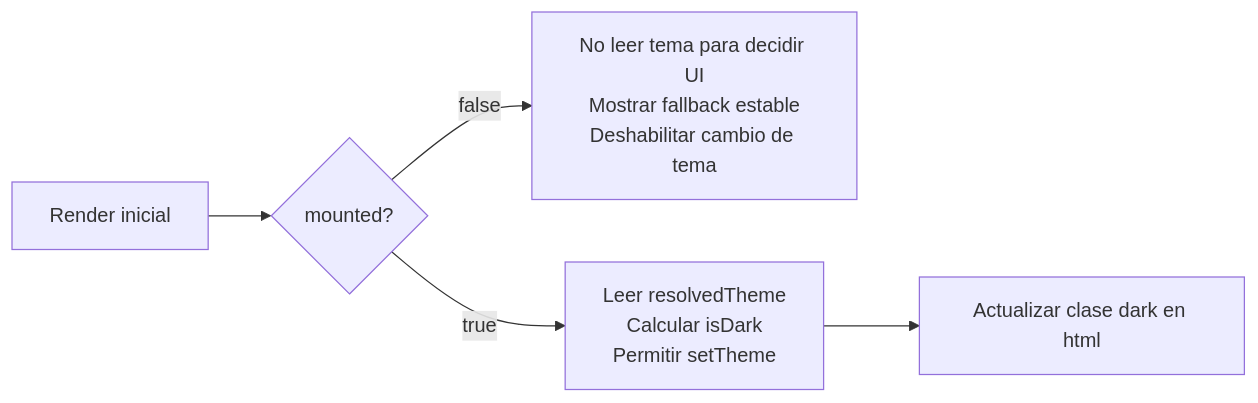
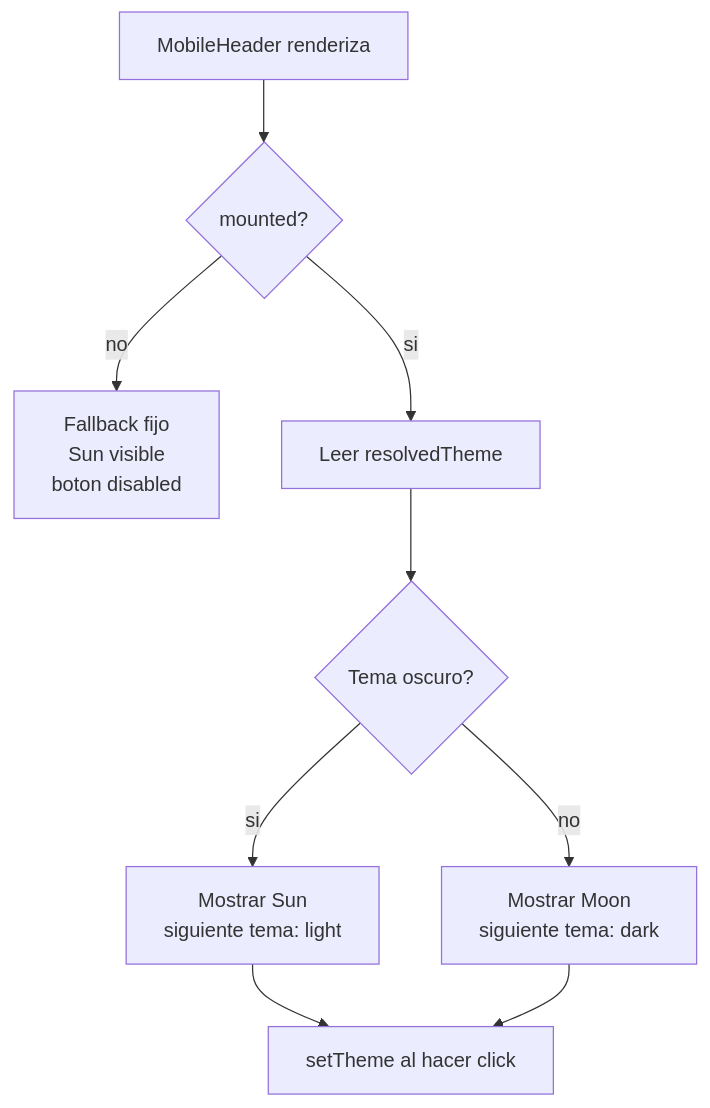
Before and after one commit to BrandonAlbertt/ecommerce-sosaimpor-frontend: the third of 5 diagrams in documentacion/GUIA_HIDRATACION_TEMA_MOBILEHEADER.md, drawn with Mermaid. The commit also changed other lines of this file and 1 other file, not shown here.

````diff
--- a/documentacion/GUIA_HIDRATACION_TEMA_MOBILEHEADER.md
+++ b/documentacion/GUIA_HIDRATACION_TEMA_MOBILEHEADER.md
@@ -56,7 +99,11 @@
 ```mermaid
-flowchart LR
-  A["Render inicial"] --> B{"mounted?"}
-  B -- "false" --> C["No leer tema para decidir UI<br/>Mostrar fallback estable<br/>Deshabilitar cambio de tema"]
-  B -- "true" --> D["Leer resolvedTheme<br/>Calcular isDark<br/>Permitir setTheme"]
-  D --> E["Actualizar clase dark en html"]
+flowchart TD
+  A[MobileHeader renderiza] --> B{mounted?}
+  B -- no --> C[Fallback fijo<br/>Sun visible<br/>boton disabled]
+  B -- si --> D[Leer resolvedTheme]
+  D --> E{Tema oscuro?}
+  E -- si --> F[Mostrar Sun<br/>siguiente tema: light]
+  E -- no --> G[Mostrar Moon<br/>siguiente tema: dark]
+  F --> H[setTheme al hacer click]
+  G --> H
 ```
````
